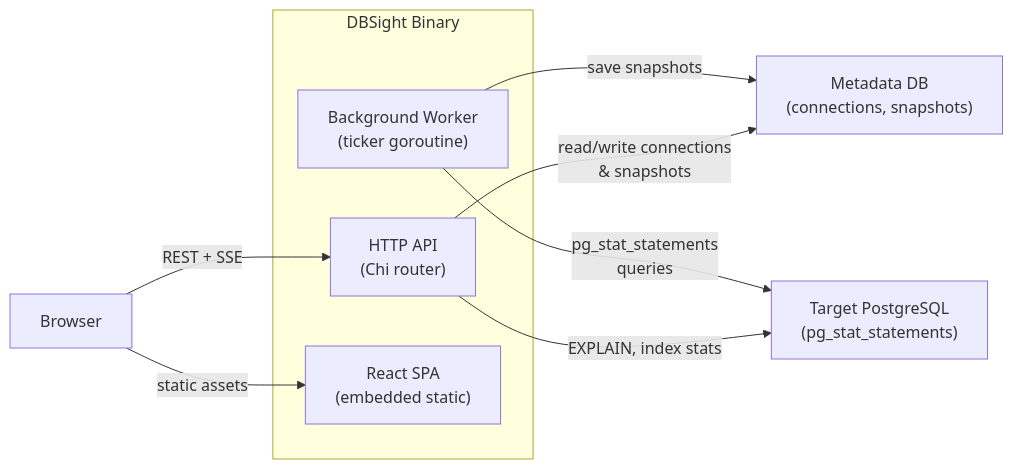
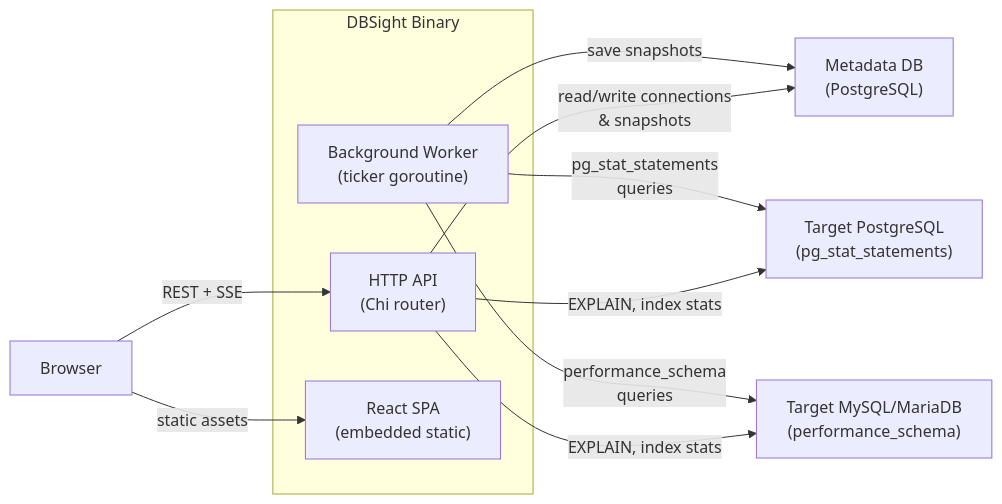
One commit to lamngockhuong/dbsight changed the diagram in apps/docs/src/content/docs/en/developer-guide/01-architecture.mdx. Above: the diagram before and after it, drawn with Mermaid. The commit also changed other lines of this file and 38 other files, not shown here.

First line of the commit message:
feat: add MySQL and MariaDB adapter support with EXPLAIN parsers

````diff
--- a/apps/docs/src/content/docs/en/developer-guide/01-architecture.mdx
+++ b/apps/docs/src/content/docs/en/developer-guide/01-architecture.mdx
@@ -10,19 +10,22 @@
 ```mermaid
 flowchart LR
     subgraph Binary["DBSight Binary"]
         Worker["Background Worker\n(ticker goroutine)"]
         API["HTTP API\n(Chi router)"]
         SPA["React SPA\n(embedded static)"]
     end
 
     PG_Target["Target PostgreSQL\n(pg_stat_statements)"]
-    PG_Meta["Metadata DB\n(connections, snapshots)"]
+    MySQL_Target["Target MySQL/MariaDB\n(performance_schema)"]
+    PG_Meta["Metadata DB\n(PostgreSQL)"]
     Browser["Browser"]
 
     Worker -- "pg_stat_statements\nqueries" --> PG_Target
+    Worker -- "performance_schema\nqueries" --> MySQL_Target
     Worker -- "save snapshots" --> PG_Meta
     API -- "read/write connections\n& snapshots" --> PG_Meta
     API -- "EXPLAIN, index stats" --> PG_Target
+    API -- "EXPLAIN, index stats" --> MySQL_Target
     Browser -- "REST + SSE" --> API
     Browser -- "static assets" --> SPA
 ```
````
